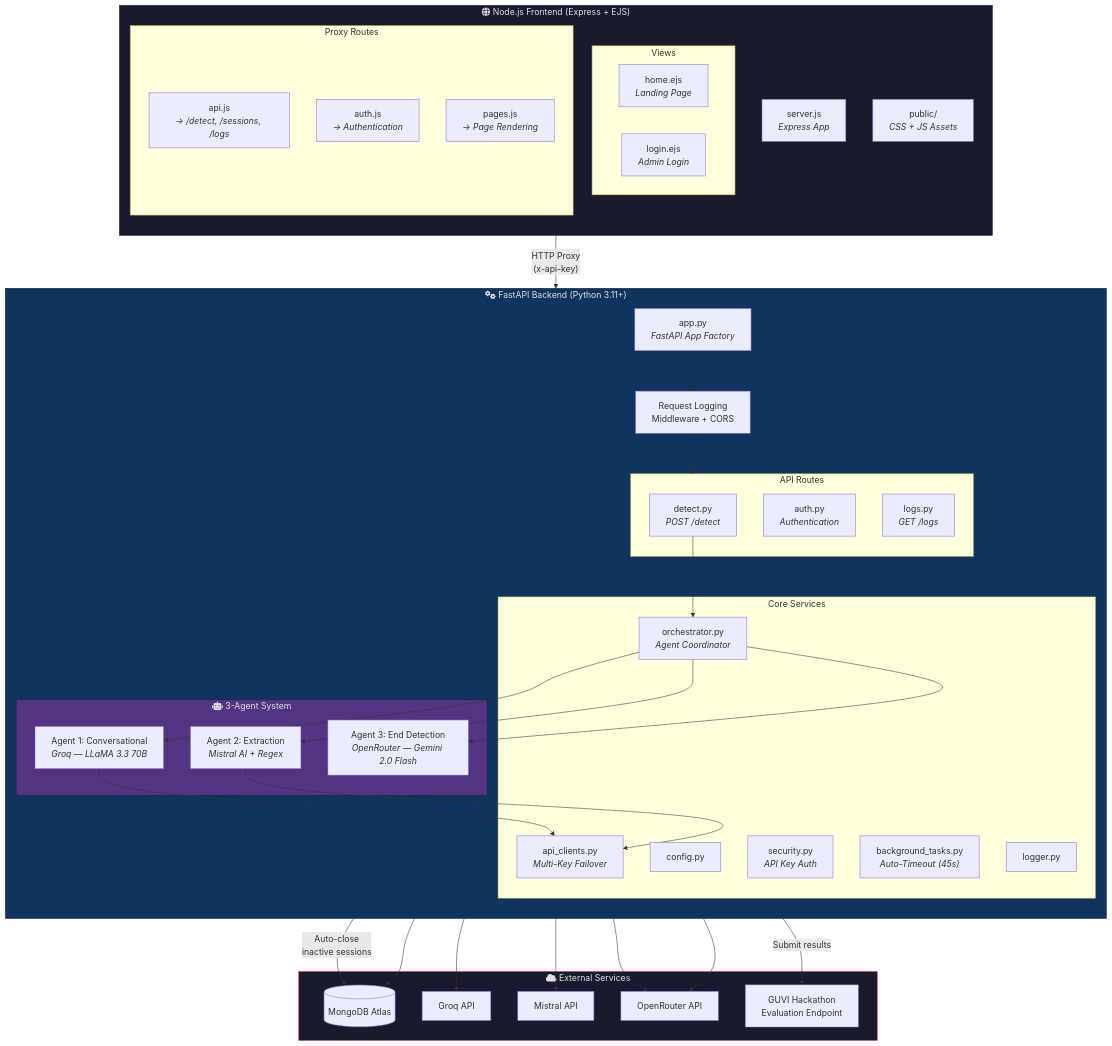
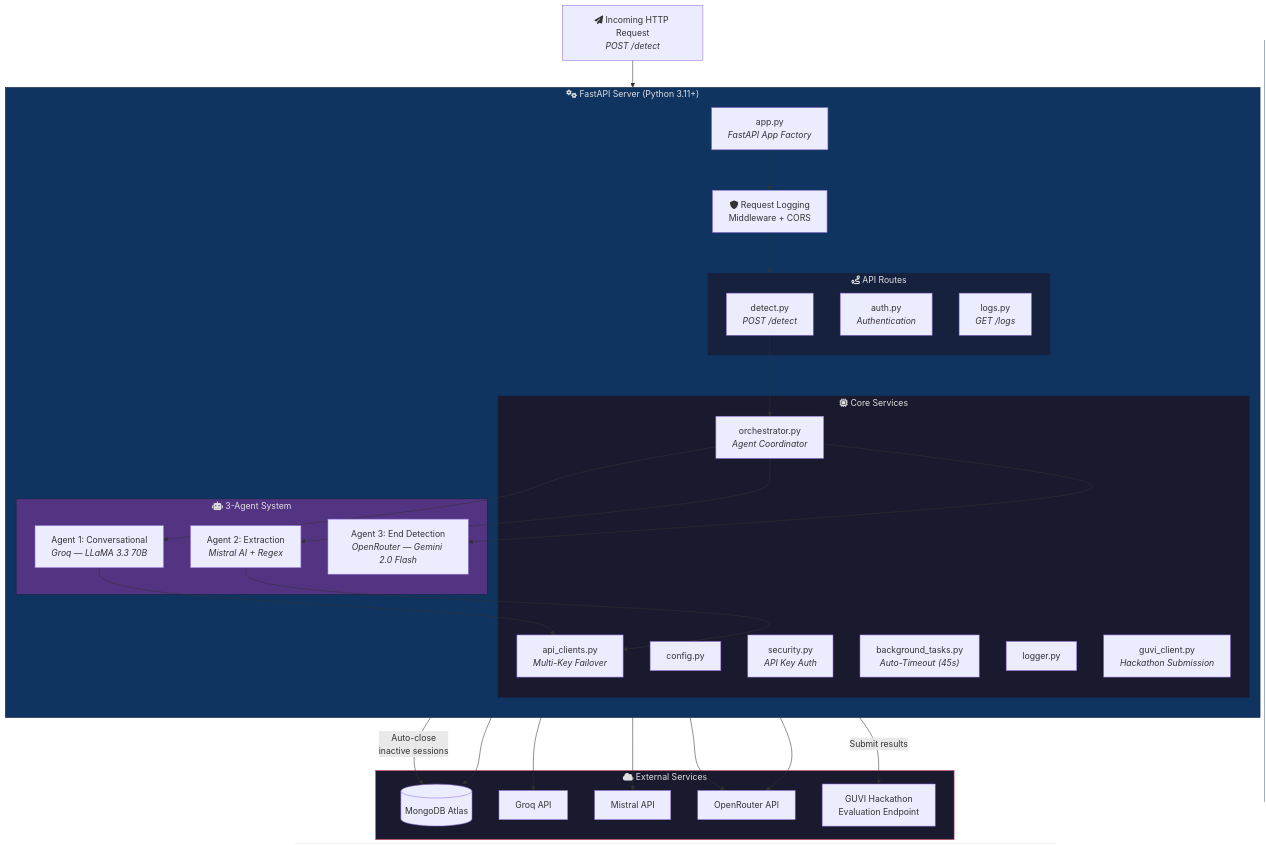
The first of 3 diagrams in README.md (ShanmugaRamana/Dhurvam), drawn with Mermaid before and after one commit. The commit also changed other lines of this file, not shown here.

Commit message:
updated Architecture in README

````diff
--- a/README.md
+++ b/README.md
@@ -9,82 +9,71 @@
 ```mermaid
 graph TB
-    subgraph Frontend["fa:fa-globe Node.js Frontend (Express + EJS)"]
-        direction TB
-        ServerJS["server.js<br/><i>Express App</i>"]
-        subgraph Pages["Views"]
-            Landing["home.ejs<br/><i>Landing Page</i>"]
-            Login["login.ejs<br/><i>Admin Login</i>"]
-        end
-        subgraph ProxyRoutes["Proxy Routes"]
-            ApiProxy["api.js<br/><i>→ /detect, /sessions, /logs</i>"]
-            AuthProxy["auth.js<br/><i>→ Authentication</i>"]
-            PageRoutes["pages.js<br/><i>→ Page Rendering</i>"]
-        end
-        StaticAssets["public/<br/><i>CSS + JS Assets</i>"]
-    end
+    Client["fa:fa-paper-plane Incoming HTTP Request<br/><i>POST /detect</i>"]
 
-    subgraph Backend["fa:fa-cogs FastAPI Backend (Python 3.11+)"]
+    subgraph Server["fa:fa-cogs FastAPI Server (Python 3.11+)"]
         direction TB
         AppFactory["app.py<br/><i>FastAPI App Factory</i>"]
-        Middleware["Request Logging<br/>Middleware + CORS"]
+        Middleware["fa:fa-shield Request Logging<br/>Middleware + CORS"]
 
-        subgraph Routes["API Routes"]
+        subgraph Routes["fa:fa-route API Routes"]
             DetectRoute["detect.py<br/><i>POST /detect</i>"]
             AuthRoute["auth.py<br/><i>Authentication</i>"]
             LogsRoute["logs.py<br/><i>GET /logs</i>"]
         end
 
-        subgraph Core["Core Services"]
+        subgraph Core["fa:fa-microchip Core Services"]
             Orchestrator["orchestrator.py<br/><i>Agent Coordinator</i>"]
             APIClients["api_clients.py<br/><i>Multi-Key Failover</i>"]
             Config["config.py"]
             Security["security.py<br/><i>API Key Auth</i>"]
             BGTasks["background_tasks.py<br/><i>Auto-Timeout (45s)</i>"]
             Logger["logger.py"]
+            GUVIClient["guvi_client.py<br/><i>Hackathon Submission</i>"]
         end
 
         subgraph Agents["fa:fa-robot 3-Agent System"]
             Agent1["Agent 1: Conversational<br/><i>Groq — LLaMA 3.3 70B</i>"]
             Agent2["Agent 2: Extraction<br/><i>Mistral AI + Regex</i>"]
             Agent3["Agent 3: End Detection<br/><i>OpenRouter — Gemini 2.0 Flash</i>"]
         end
     end
 
     subgraph External["fa:fa-cloud External Services"]
         MongoDB[(MongoDB Atlas)]
         GroqAPI["Groq API"]
         MistralAPI["Mistral API"]
         OpenRouterAPI["OpenRouter API"]
         GUVIEndpoint["GUVI Hackathon<br/>Evaluation Endpoint"]
     end
 
-    %% Frontend to Backend
-    ApiProxy -- "HTTP Proxy<br/>(x-api-key)" --> AppFactory
+    %% Entry point
+    Client --> AppFactory
+    AppFactory --> Middleware --> Routes
 
-    %% Backend internal flow
-    AppFactory --> Middleware --> Routes
+    %% Internal flow
     DetectRoute --> Orchestrator
     Orchestrator --> Agent1
     Orchestrator --> Agent2
     Orchestrator --> Agent3
     BGTasks -- "Auto-close<br/>inactive sessions" --> MongoDB
 
     %% Agent to API Clients
     Agent1 --> APIClients
     Agent2 --> APIClients
     Agent3 --> OpenRouterAPI
 
     %% API Clients to External
     APIClients --> GroqAPI
     APIClients --> MistralAPI
     APIClients --> OpenRouterAPI
 
-    %% Data persistence
+    %% Data persistence & submission
     Orchestrator --> MongoDB
-    Orchestrator -- "Submit results" --> GUVIEndpoint
+    GUVIClient -- "Submit results" --> GUVIEndpoint
 
-    style Frontend fill:#1a1a2e,stroke:#16213e,color:#e0e0e0
-    style Backend fill:#0f3460,stroke:#16213e,color:#e0e0e0
+    style Server fill:#0f3460,stroke:#16213e,color:#e0e0e0
     style Agents fill:#533483,stroke:#16213e,color:#e0e0e0
     style External fill:#1a1a2e,stroke:#e94560,color:#e0e0e0
+    style Core fill:#1a1a2e,stroke:#16213e,color:#e0e0e0
+    style Routes fill:#16213e,stroke:#0f3460,color:#e0e0e0
 ```
````
